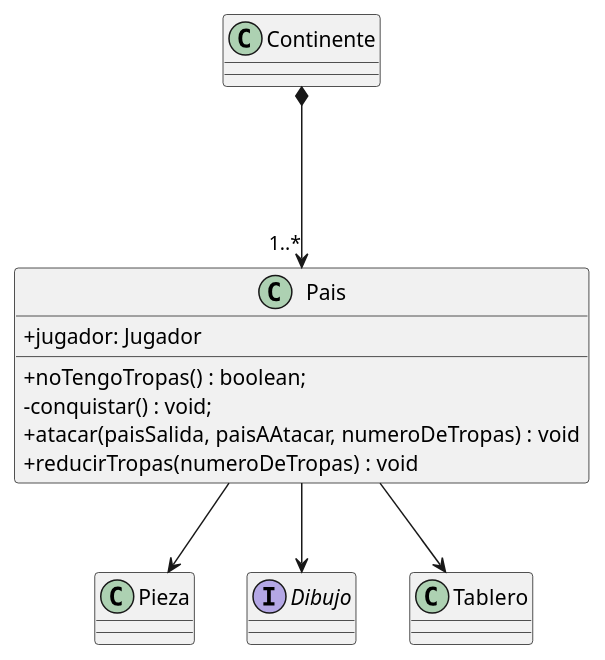
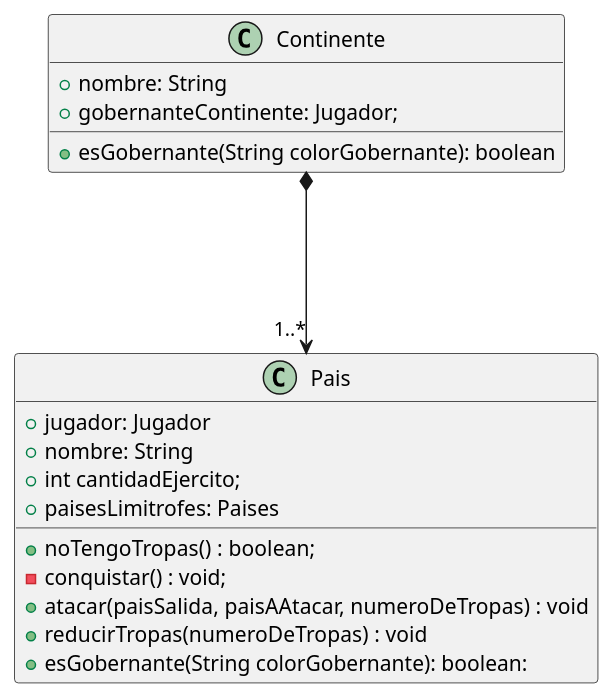
The diagram in diagramas/diagramaClaseContinente.plantuml (tomasshiao/TP2_Algo3), drawn with PlantUML before and after one commit. The commit also changed 11 other files, not shown here.

Commit message:
modifico diagramas agregoDiagramadeSecuencia

```diff
--- a/diagramas/diagramaClaseContinente.plantuml
+++ b/diagramas/diagramaClaseContinente.plantuml
@@ -1,29 +1,30 @@
 @startuml
-skinparam classAttributeIconSize 0
 
 class Continente{
+    +nombre: String
+    +gobernanteContinente: Jugador;
+
+    + esGobernante(String colorGobernante): boolean
 
 
 
 }
 
 class Pais{
     +jugador: Jugador
-    
+    +nombre: String
+    +int cantidadEjercito;
+    +paisesLimitrofes: Paises
+
     + noTengoTropas() : boolean;
     - conquistar() : void;
     + atacar(paisSalida, paisAAtacar, numeroDeTropas) : void
     + reducirTropas(numeroDeTropas) : void
+   + esGobernante(String colorGobernante): boolean:
+
+
 }
 
-class Pieza{}
+Continente *---> "1..*"Pais
 
-interface Dibujo{}
-
-
-
-Continente *---> "1..*"Pais
-Pais -->Pieza
-Pais -->Dibujo
-Pais --> Tablero
 @enduml
```
